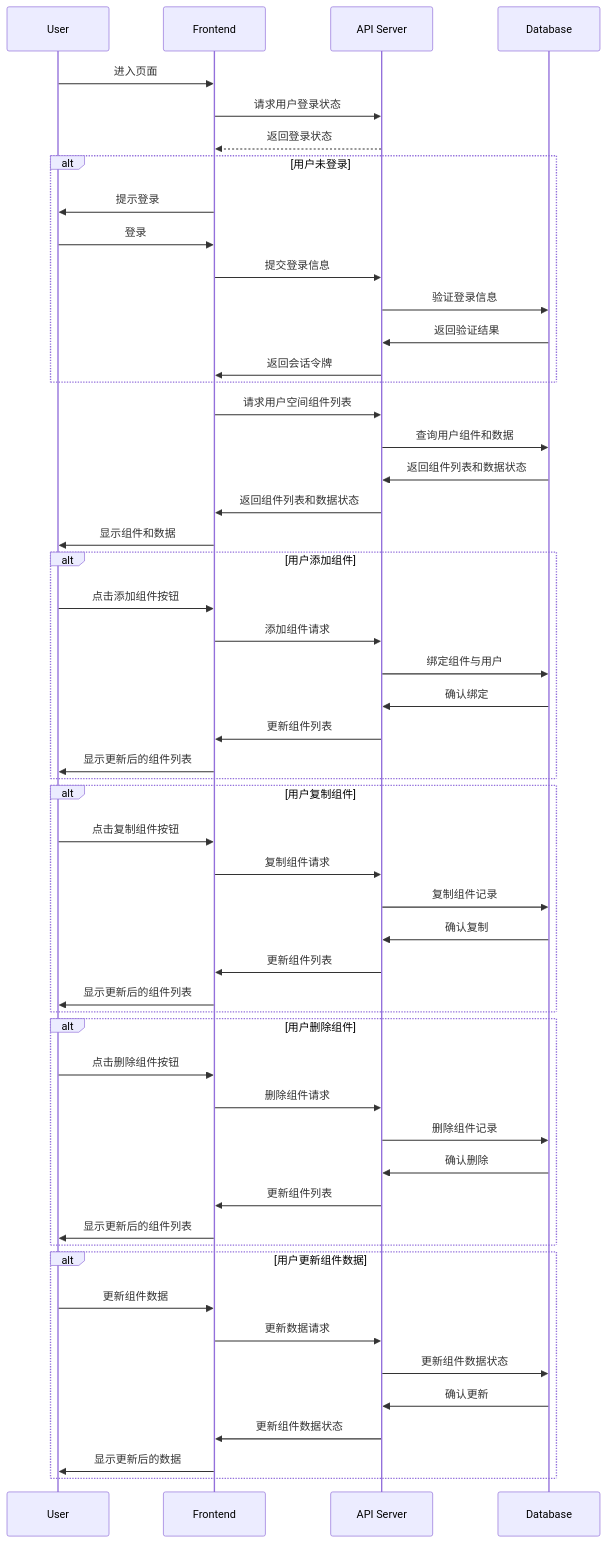
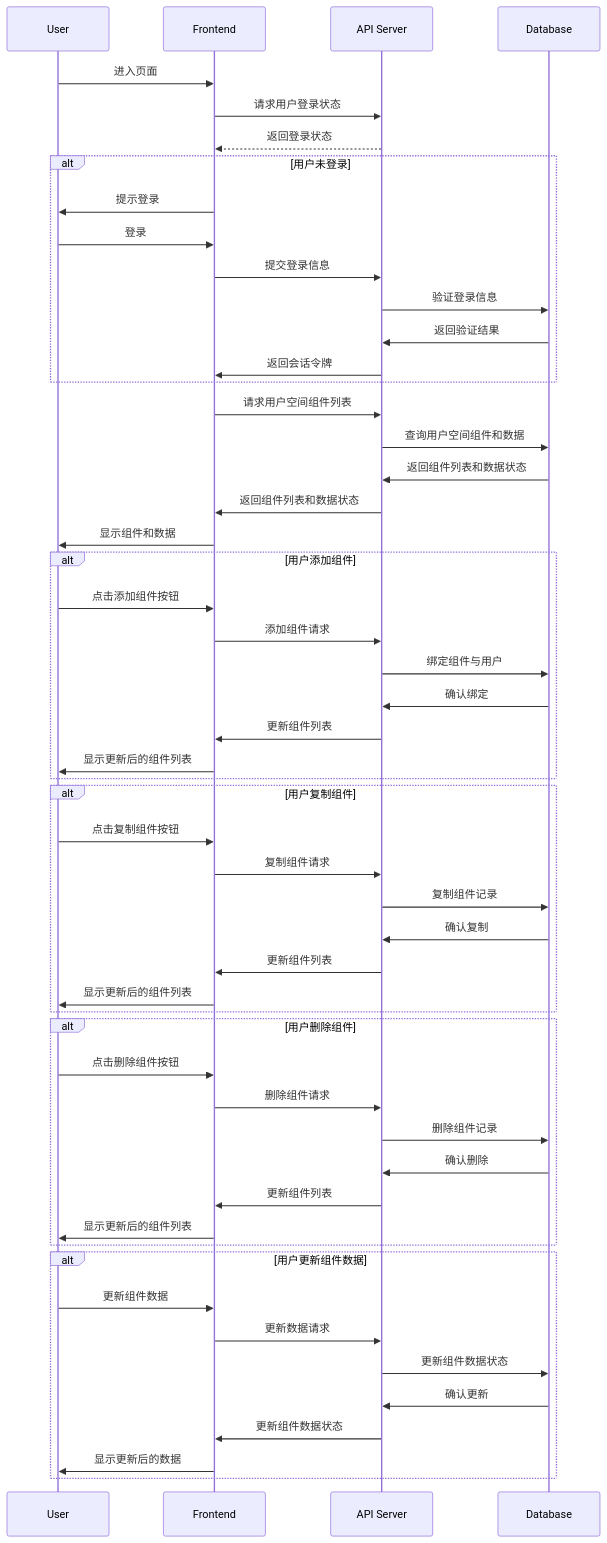
The diagram in all/未命名-7.md (yingjianzh/iodraw-files), drawn with Mermaid before and after one commit.

Commit message:
2024-10-09 10:19:03 update

````diff
--- a/all/未命名-7.md
+++ b/all/未命名-7.md
@@ -1,62 +1,62 @@
 ```mermaid
 sequenceDiagram
     participant User
     participant Frontend
     participant API Server
     participant Database
 
     User->>Frontend: 进入页面
     Frontend->>API Server: 请求用户登录状态
     API Server-->>Frontend: 返回登录状态
     alt 用户未登录
         Frontend->>User: 提示登录
         User->>Frontend: 登录
         Frontend->>API Server: 提交登录信息
         API Server->>Database: 验证登录信息
         Database->>API Server: 返回验证结果
         API Server->>Frontend: 返回会话令牌
     end
 
     Frontend->>API Server: 请求用户空间组件列表
-    API Server->>Database: 查询用户组件和数据
+    API Server->>Database: 查询用户空间组件和数据
     Database->>API Server: 返回组件列表和数据状态
     API Server->>Frontend: 返回组件列表和数据状态
     Frontend->>User: 显示组件和数据
 
     alt 用户添加组件
         User->>Frontend: 点击添加组件按钮
         Frontend->>API Server: 添加组件请求
         API Server->>Database: 绑定组件与用户
         Database->>API Server: 确认绑定
         API Server->>Frontend: 更新组件列表
         Frontend->>User: 显示更新后的组件列表
     end
 
     alt 用户复制组件
         User->>Frontend: 点击复制组件按钮
         Frontend->>API Server: 复制组件请求
         API Server->>Database: 复制组件记录
         Database->>API Server: 确认复制
         API Server->>Frontend: 更新组件列表
         Frontend->>User: 显示更新后的组件列表
     end
 
     alt 用户删除组件
         User->>Frontend: 点击删除组件按钮
         Frontend->>API Server: 删除组件请求
         API Server->>Database: 删除组件记录
         Database->>API Server: 确认删除
         API Server->>Frontend: 更新组件列表
         Frontend->>User: 显示更新后的组件列表
     end
 
     alt 用户更新组件数据
         User->>Frontend: 更新组件数据
         Frontend->>API Server: 更新数据请求
         API Server->>Database: 更新组件数据状态
         Database->>API Server: 确认更新
         API Server->>Frontend: 更新组件数据状态
         Frontend->>User: 显示更新后的数据
     end
 
 ```
````
